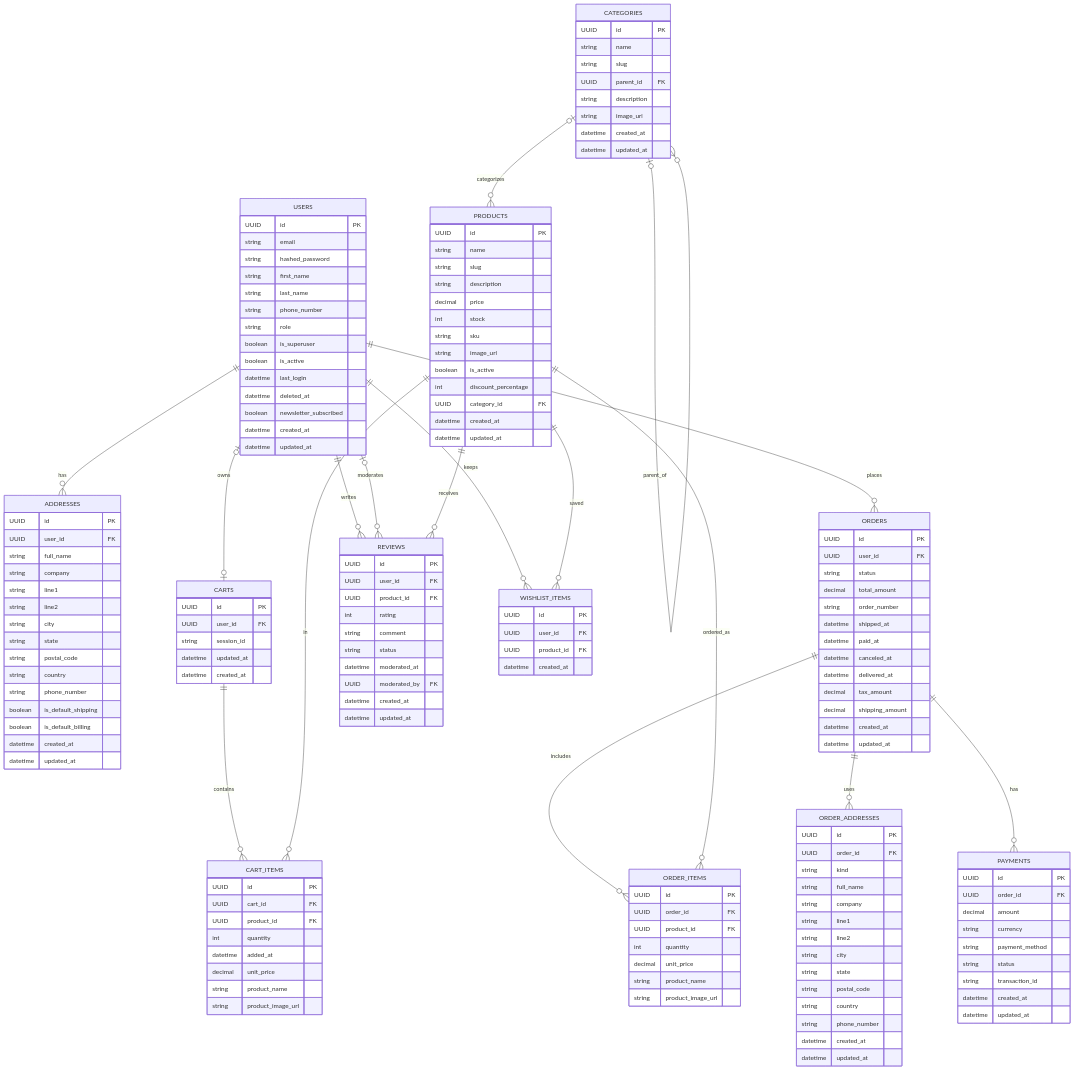
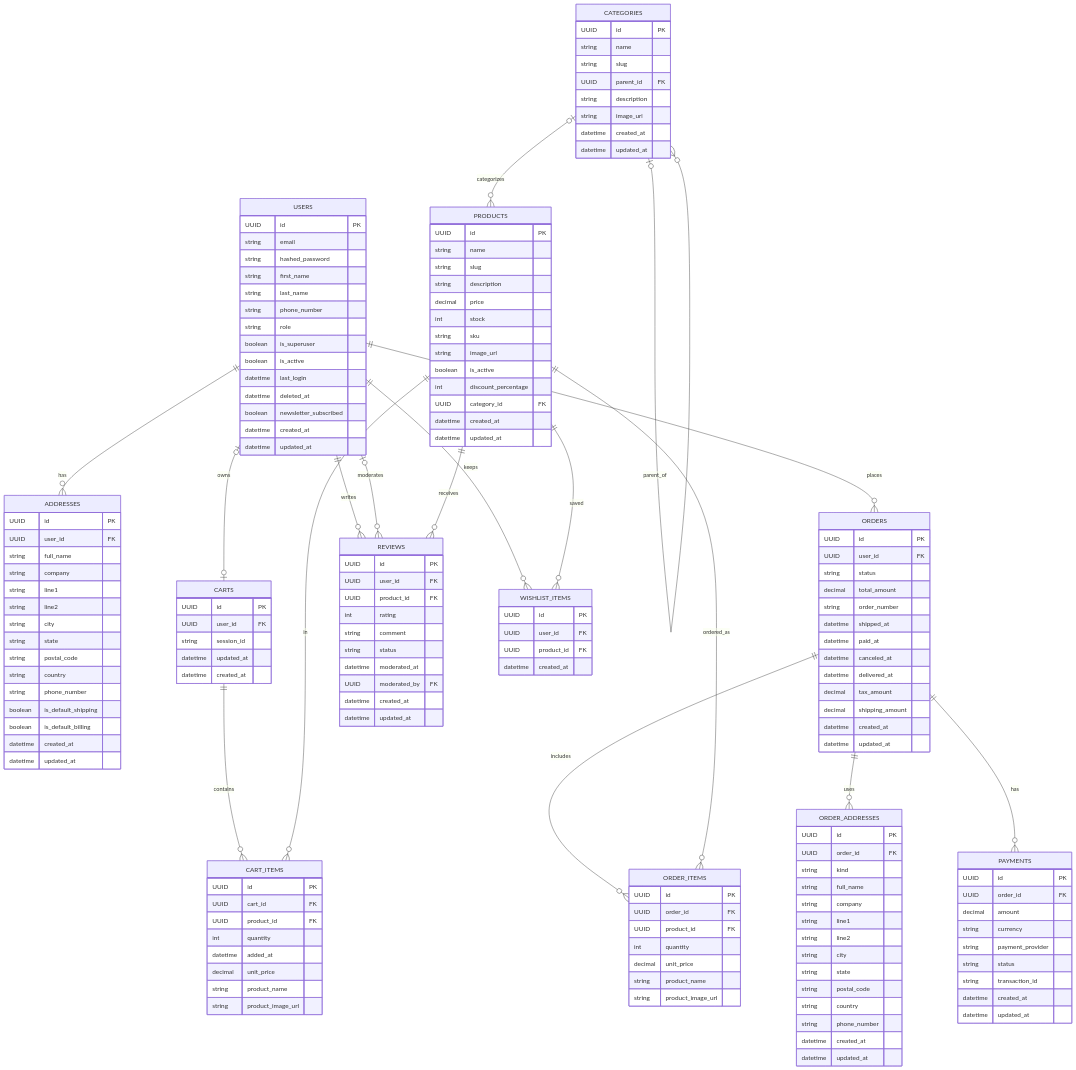
Before and after one commit to mouakos/fastapi-ecommerce: the diagram in docs/erd/er-diagram.md, drawn with Mermaid. The commit also changed 2 other files, not shown here.

Commit message:
Update payment method terminology: change 'payment_method' to 'payment_provider' and add 'refunded' status in ER diagrams

```diff
--- a/docs/erd/er-diagram.md
+++ b/docs/erd/er-diagram.md
@@ -131,7 +131,7 @@
         UUID order_id FK
         decimal amount
         string currency
-        string payment_method
+        string payment_provider
         string status
         string transaction_id
         datetime created_at
```
